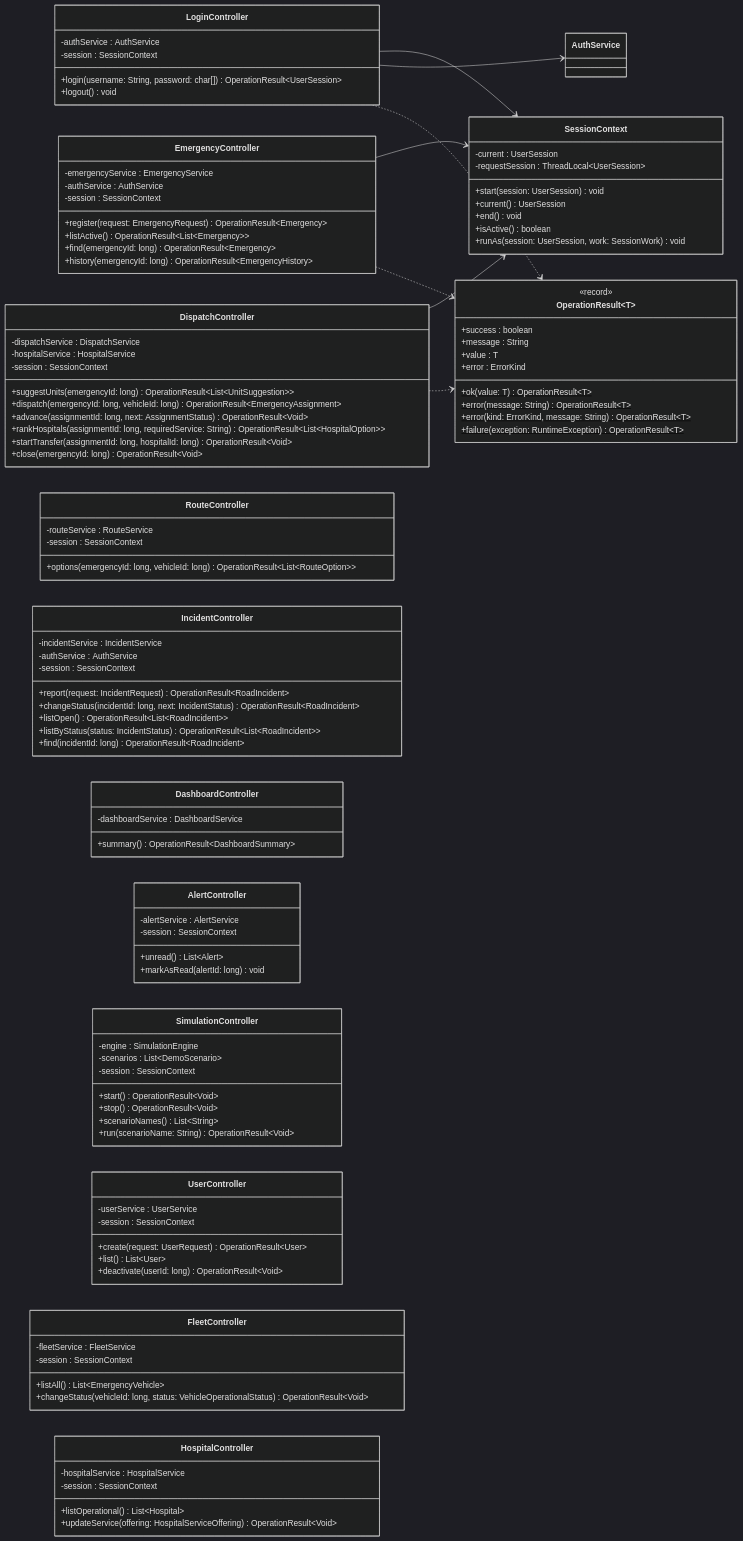
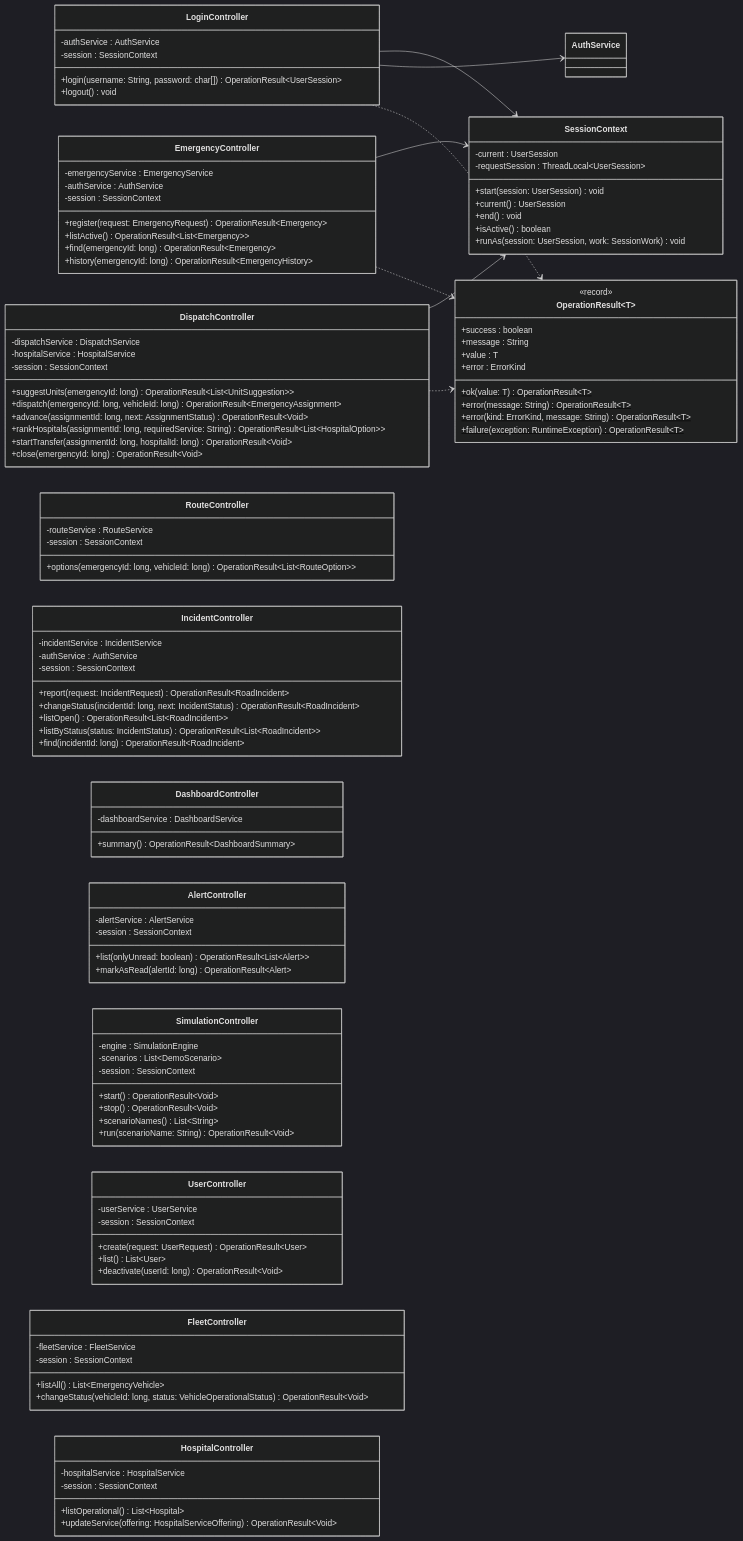
One commit to afzabaleta/RutaVida changed diagram 22 of 24 in docs/class-diagram.md. Above: the diagram before and after it, drawn with Mermaid (dark theme). The commit also changed other lines of this file and 1 other file, not shown here.

```diff
--- a/docs/class-diagram.md
+++ b/docs/class-diagram.md
@@ -1773,12 +1779,12 @@
         -dashboardService : DashboardService
         +summary() OperationResult~DashboardSummary~
     }
-    class AlertController {
-        -alertService : AlertService
-        -session : SessionContext
-        +unread() List~Alert~
-        +markAsRead(alertId: long) void
-    }
+      class AlertController {
+            -alertService : AlertService
+            -session : SessionContext
+            +list(onlyUnread: boolean) OperationResult~List~Alert~~
+            +markAsRead(alertId: long) OperationResult~Alert~
+        }
     class SimulationController {
         -engine : SimulationEngine
         -scenarios : List~DemoScenario~
```
